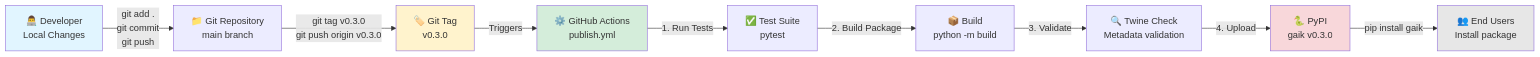
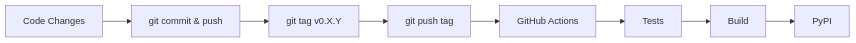
The diagram in CONTRIBUTING.md (GAIK-project/toolkit-shared-components), drawn with Mermaid before and after one commit. The commit also changed other lines of this file and 7 other files, not shown here.

````diff
--- a/CONTRIBUTING.md
+++ b/CONTRIBUTING.md
@@ -448,17 +104,10 @@
 ```mermaid
 flowchart LR
-    A[👨‍💻 Developer<br/>Local Changes] -->|git add .<br/>git commit<br/>git push| B[📁 Git Repository<br/>main branch]
-    B -->|git tag v0.3.0<br/>git push origin v0.3.0| C[🏷️ Git Tag<br/>v0.3.0]
-    C -->|Triggers| D[⚙️ GitHub Actions<br/>publish.yml]
-    D -->|1. Run Tests| E[✅ Test Suite<br/>pytest]
-    E -->|2. Build Package| F[📦 Build<br/>python -m build]
-    F -->|3. Validate| G[🔍 Twine Check<br/>Metadata validation]
-    G -->|4. Upload| H[🐍 PyPI<br/>gaik v0.3.0]
-    H -->|pip install gaik| I[👥 End Users<br/>Install package]
-
-    style A fill:#e1f5ff
-    style C fill:#fff3cd
-    style D fill:#d4edda
-    style H fill:#f8d7da
-    style I fill:#e7e7e7
+    A[Code Changes] --> B[git commit & push]
+    B --> C[git tag v0.X.Y]
+    C --> D[git push tag]
+    D --> E[GitHub Actions]
+    E --> F[Tests]
+    F --> G[Build]
+    G --> H[PyPI]
 ```
````
